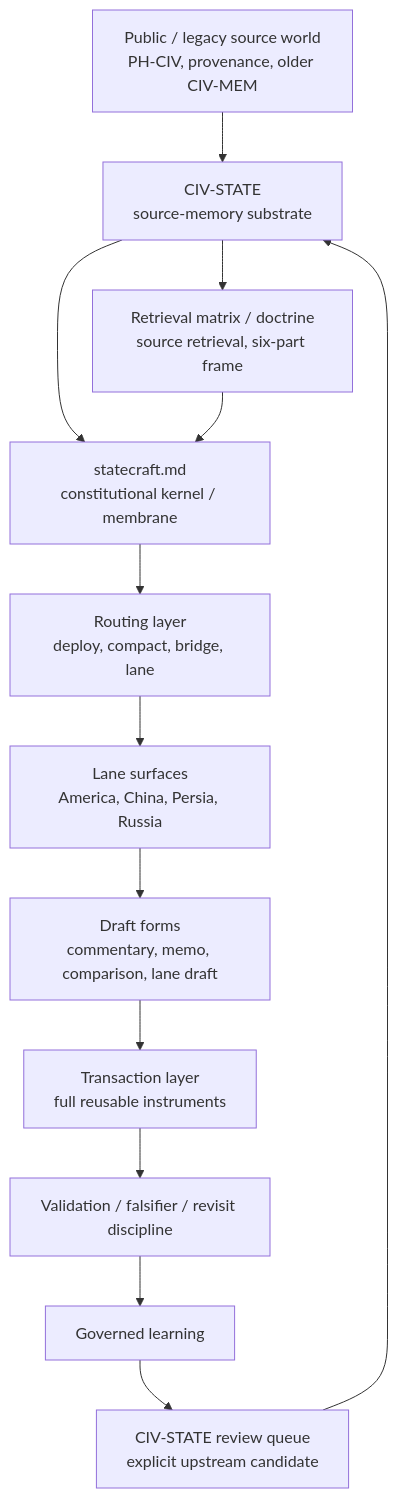
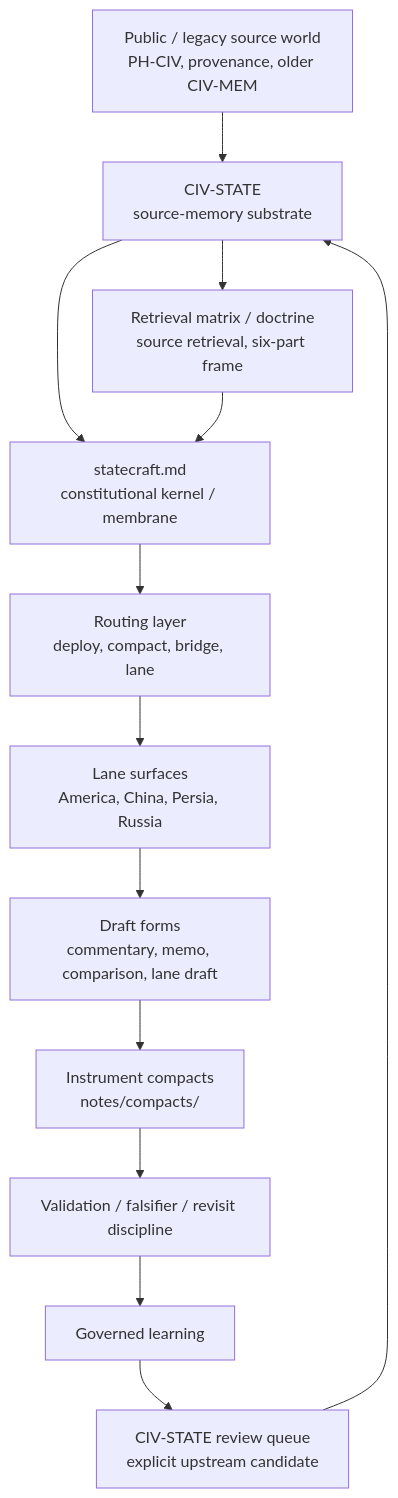
The diagram in statecraft/statecraft.md (rbtkhn/strategy-codex), drawn with Mermaid before and after one commit. The commit also changed other lines of this file and 14 other files, not shown here.

````diff
--- a/statecraft/statecraft.md
+++ b/statecraft/statecraft.md
@@ -234,16 +234,16 @@
 ```mermaid
 flowchart TD
     A["Public / legacy source world<br/>PH-CIV, provenance, older CIV-MEM"] --> B["CIV-STATE<br/>source-memory substrate"]
     B --> C["statecraft.md<br/>constitutional kernel / membrane"]
     C --> D["Routing layer<br/>deploy, compact, bridge, lane"]
     D --> E["Lane surfaces<br/>America, China, Persia, Russia"]
     E --> F["Draft forms<br/>commentary, memo, comparison, lane draft"]
-    F --> G["Transaction layer<br/>full reusable instruments"]
+    F --> G["Instrument compacts<br/>notes/compacts/"]
     G --> H["Validation / falsifier / revisit discipline"]
     H --> I["Governed learning"]
     I --> J["CIV-STATE review queue<br/>explicit upstream candidate"]
     J --> B
 
     B --> K["Retrieval matrix / doctrine<br/>source retrieval, six-part frame"]
     K --> C
 ```
````
